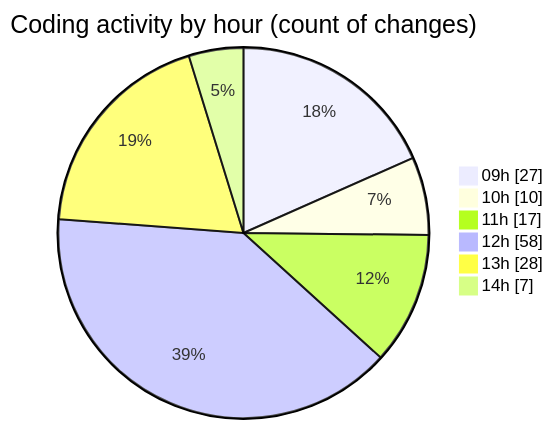
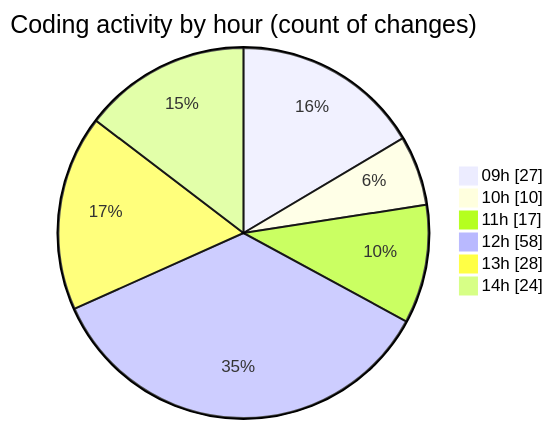
Before and after one commit to momahboobian/code-tracking: the second of 2 diagrams in 2026-05-15/cda/README.md, drawn with Mermaid. The commit also changed other lines of this file and 1 other file, not shown here.

````diff
--- a/2026-05-15/cda/README.md
+++ b/2026-05-15/cda/README.md
@@ -59,10 +77,10 @@
 ```mermaid
 pie showData
 title Coding activity by hour (count of changes)
 "09h" : 27
 "10h" : 10
 "11h" : 17
 "12h" : 58
 "13h" : 28
-"14h" : 7
+"14h" : 24
 ```
````
